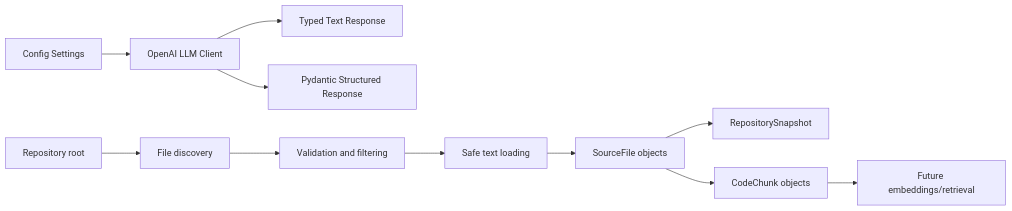
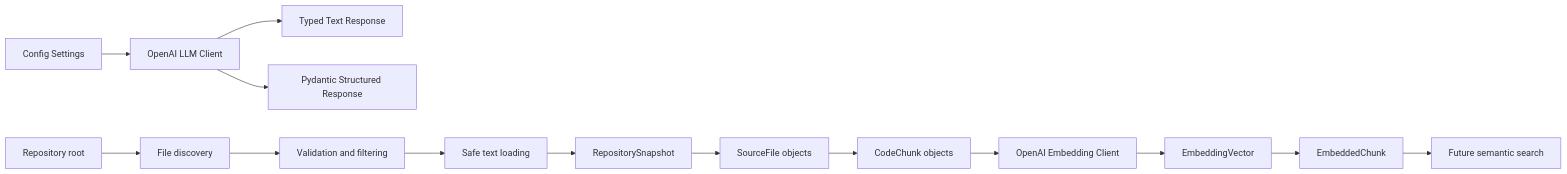
The diagram in README.md (phenstee/RepoMind), drawn with Mermaid before and after one commit. The commit also changed other lines of this file and 19 other files, not shown here.

````diff
--- a/README.md
+++ b/README.md
@@ -120,14 +178,17 @@
 ```mermaid
 flowchart LR
     Settings[Config Settings] --> Client[OpenAI LLM Client]
     Client --> Text[Typed Text Response]
     Client --> Structured[Pydantic Structured Response]
 
     Root[Repository root] --> Discovery[File discovery]
     Discovery --> Filter[Validation and filtering]
     Filter --> Load[Safe text loading]
-    Load --> Source[SourceFile objects]
-    Source --> Snapshot[RepositorySnapshot]
+    Load --> Snapshot[RepositorySnapshot]
+    Snapshot --> Source[SourceFile objects]
     Source --> Chunk[CodeChunk objects]
-    Chunk --> Future[Future embeddings/retrieval]
+    Chunk --> EmbedClient[OpenAI Embedding Client]
+    EmbedClient --> Vector[EmbeddingVector]
+    Vector --> Embedded[EmbeddedChunk]
+    Embedded --> Future[Future semantic search]
 ```
````
